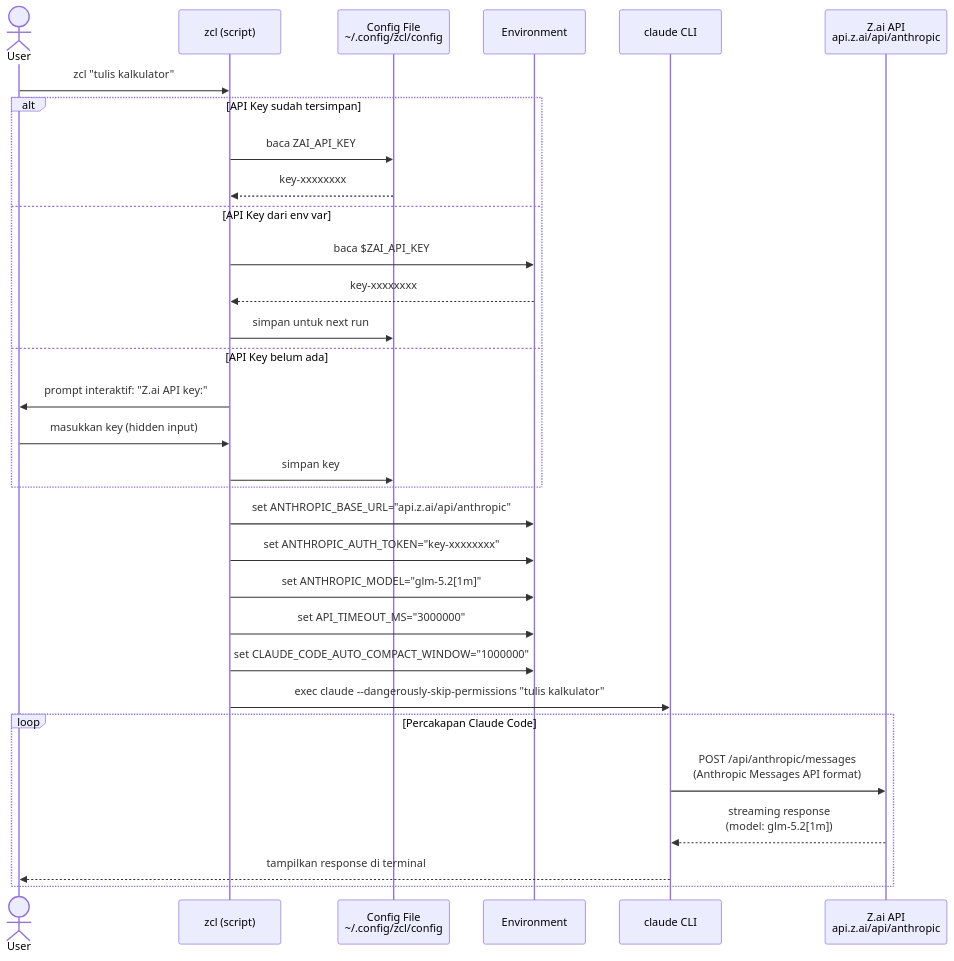
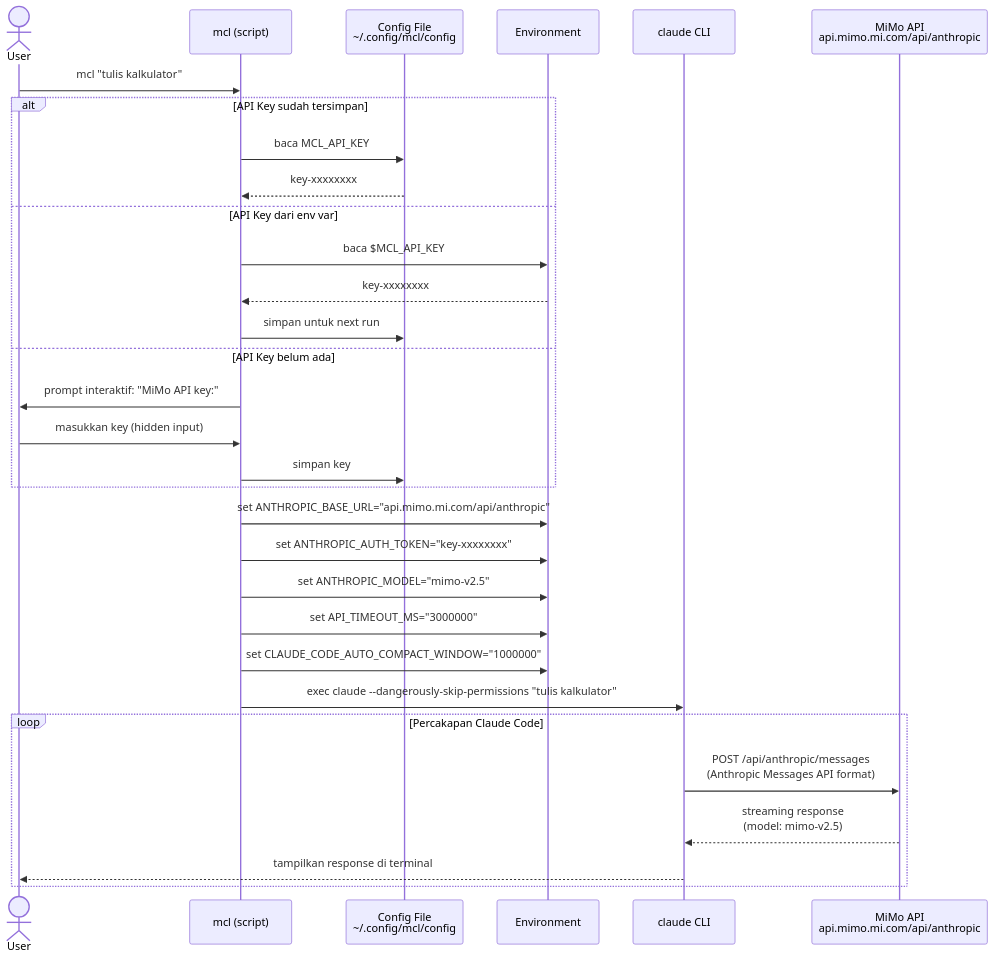
Before and after one commit to Muhira007/mcl-claude: the second of 6 diagrams in README.md, drawn with Mermaid. The commit also changed other lines of this file and 633 other files, not shown here.

Commit message:
Initial commit of mcl with zcl features and token plan logic

````diff
--- a/README.md
+++ b/README.md
@@ -119,38 +119,38 @@
 ```mermaid
 sequenceDiagram
     actor U as User
-    participant ZC as zcl (script)
-    participant CF as Config File<br/>~/.config/zcl/config
+    participant ZC as mcl (script)
+    participant CF as Config File<br/>~/.config/mcl/config
     participant ENV as Environment
     participant CC as claude CLI
-    participant ZAI as Z.ai API<br/>api.z.ai/api/anthropic
+    participant ZAI as MiMo API<br/>api.mimo.mi.com/api/anthropic
 
-    U->>ZC: zcl "tulis kalkulator"
+    U->>ZC: mcl "tulis kalkulator"
 
     alt API Key sudah tersimpan
-        ZC->>CF: baca ZAI_API_KEY
+        ZC->>CF: baca MCL_API_KEY
         CF-->>ZC: key-xxxxxxxx
     else API Key dari env var
-        ZC->>ENV: baca $ZAI_API_KEY
+        ZC->>ENV: baca $MCL_API_KEY
         ENV-->>ZC: key-xxxxxxxx
         ZC->>CF: simpan untuk next run
     else API Key belum ada
-        ZC->>U: prompt interaktif: "Z.ai API key:"
+        ZC->>U: prompt interaktif: "MiMo API key:"
         U->>ZC: masukkan key (hidden input)
         ZC->>CF: simpan key
     end
 
-    ZC->>ENV: set ANTHROPIC_BASE_URL="api.z.ai/api/anthropic"
+    ZC->>ENV: set ANTHROPIC_BASE_URL="api.mimo.mi.com/api/anthropic"
     ZC->>ENV: set ANTHROPIC_AUTH_TOKEN="key-xxxxxxxx"
-    ZC->>ENV: set ANTHROPIC_MODEL="glm-5.2[1m]"
+    ZC->>ENV: set ANTHROPIC_MODEL="mimo-v2.5"
     ZC->>ENV: set API_TIMEOUT_MS="3000000"
     ZC->>ENV: set CLAUDE_CODE_AUTO_COMPACT_WINDOW="1000000"
 
     ZC->>CC: exec claude --dangerously-skip-permissions "tulis kalkulator"
 
     loop Percakapan Claude Code
         CC->>ZAI: POST /api/anthropic/messages<br/>(Anthropic Messages API format)
-        ZAI-->>CC: streaming response<br/>(model: glm-5.2[1m])
+        ZAI-->>CC: streaming response<br/>(model: mimo-v2.5)
         CC-->>U: tampilkan response di terminal
     end
 ```
````
